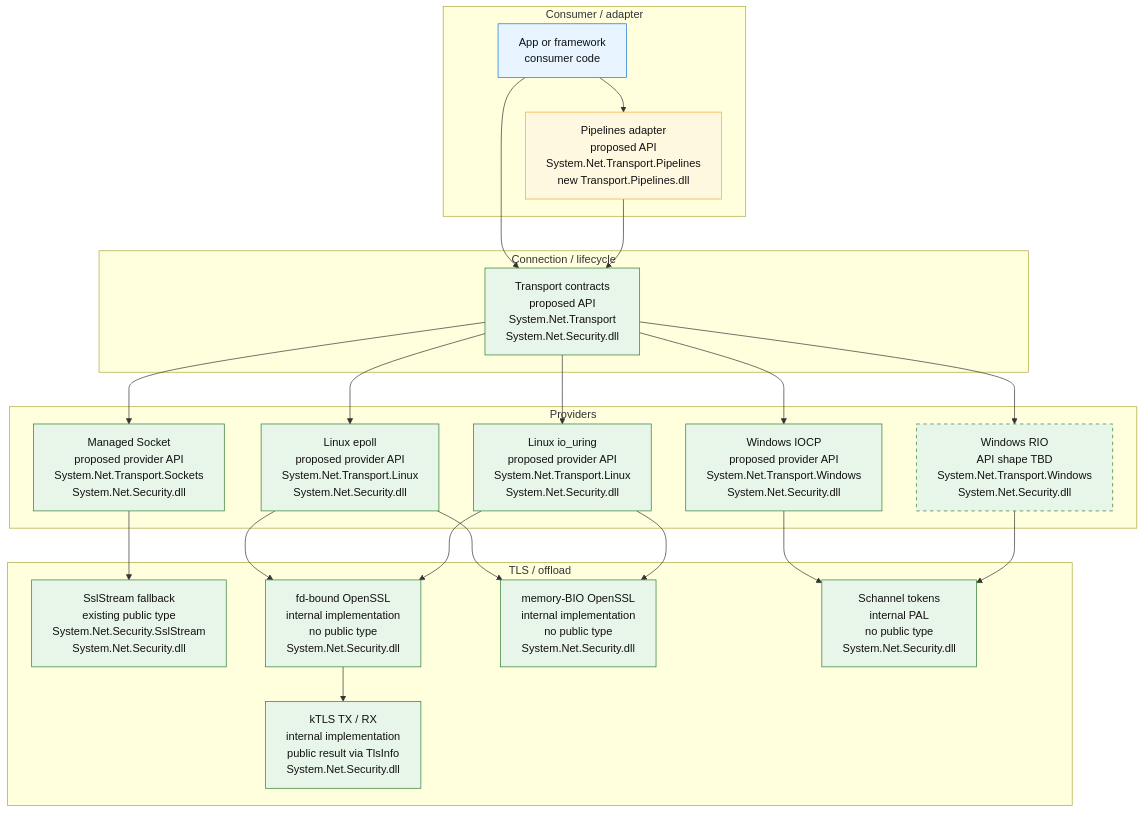
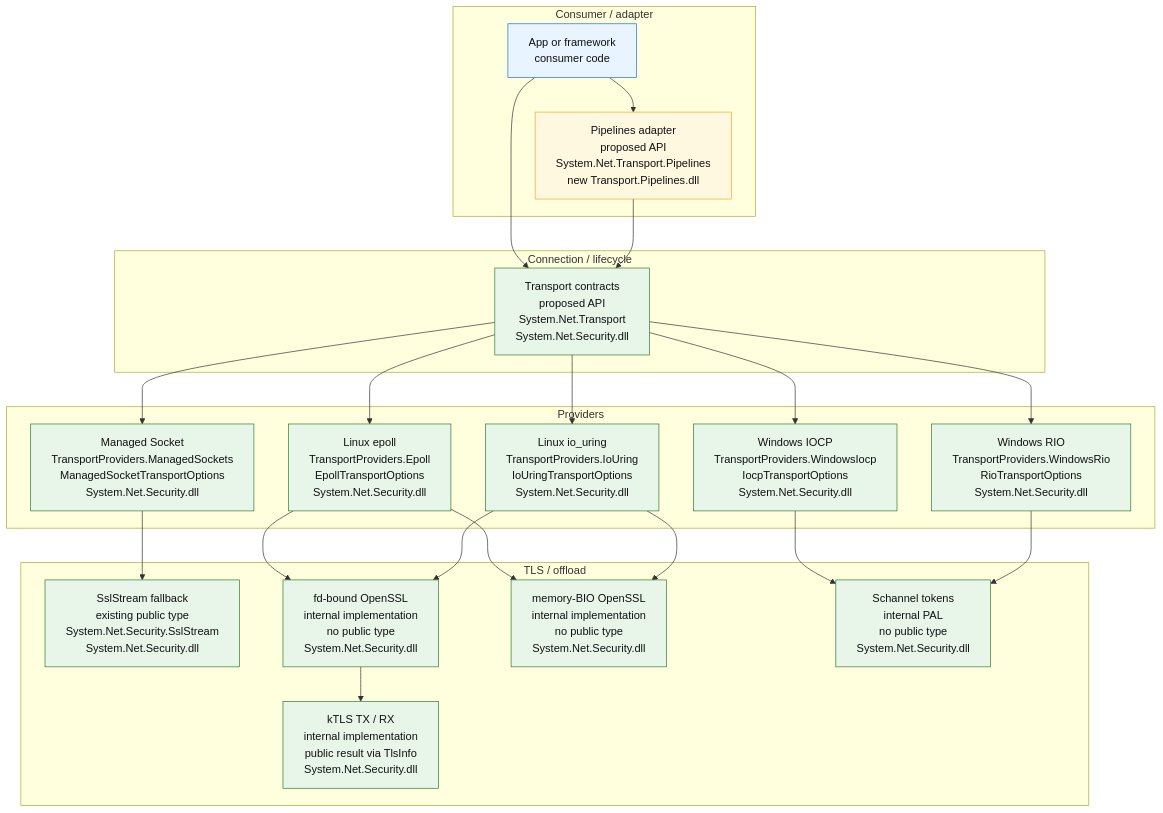
The diagram in README.md (DeagleGross/Network-Transport-Experiments), drawn with Mermaid before and after one commit. The commit also changed other lines of this file and 27 other files, not shown here.

````diff
--- a/README.md
+++ b/README.md
@@ -124,54 +125,52 @@
 ```mermaid
 flowchart TD
     subgraph ConsumerLayer["Consumer / adapter"]
         App["App or framework<br/>consumer code"]
         Pipe["Pipelines adapter<br/>proposed API<br/>System.Net.Transport.Pipelines<br/>new Transport.Pipelines.dll"]
     end
 
     subgraph ConnectionLayer["Connection / lifecycle"]
         Core["Transport contracts<br/>proposed API<br/>System.Net.Transport<br/>System.Net.Security.dll"]
     end
 
     subgraph ProviderLayer["Providers"]
-        SocketProvider["Managed Socket<br/>proposed provider API<br/>System.Net.Transport.Sockets<br/>System.Net.Security.dll"]
-        EpollProvider["Linux epoll<br/>proposed provider API<br/>System.Net.Transport.Linux<br/>System.Net.Security.dll"]
-        UringProvider["Linux io_uring<br/>proposed provider API<br/>System.Net.Transport.Linux<br/>System.Net.Security.dll"]
-        IocpProvider["Windows IOCP<br/>proposed provider API<br/>System.Net.Transport.Windows<br/>System.Net.Security.dll"]
-        RioProvider["Windows RIO<br/>API shape TBD<br/>System.Net.Transport.Windows<br/>System.Net.Security.dll"]
+        SocketProvider["Managed Socket<br/>TransportProviders.ManagedSockets<br/>ManagedSocketTransportOptions<br/>System.Net.Security.dll"]
+        EpollProvider["Linux epoll<br/>TransportProviders.Epoll<br/>EpollTransportOptions<br/>System.Net.Security.dll"]
+        UringProvider["Linux io_uring<br/>TransportProviders.IoUring<br/>IoUringTransportOptions<br/>System.Net.Security.dll"]
+        IocpProvider["Windows IOCP<br/>TransportProviders.WindowsIocp<br/>IocpTransportOptions<br/>System.Net.Security.dll"]
+        RioProvider["Windows RIO<br/>TransportProviders.WindowsRio<br/>RioTransportOptions<br/>System.Net.Security.dll"]
     end
 
     subgraph TlsImplementationLayer["TLS / offload"]
         Ssl["SslStream fallback<br/>existing public type<br/>System.Net.Security.SslStream<br/>System.Net.Security.dll"]
         FdTls["fd-bound OpenSSL<br/>internal implementation<br/>no public type<br/>System.Net.Security.dll"]
         BioTls["memory-BIO OpenSSL<br/>internal implementation<br/>no public type<br/>System.Net.Security.dll"]
         Schannel["Schannel tokens<br/>internal PAL<br/>no public type<br/>System.Net.Security.dll"]
         Ktls["kTLS TX / RX<br/>internal implementation<br/>public result via TlsInfo<br/>System.Net.Security.dll"]
     end
 
     App --> Core
     App --> Pipe
     Pipe --> Core
     Core --> SocketProvider
     Core --> EpollProvider
     Core --> UringProvider
     Core --> IocpProvider
     Core --> RioProvider
     SocketProvider --> Ssl
     EpollProvider --> FdTls
     EpollProvider --> BioTls
     UringProvider --> FdTls
     UringProvider --> BioTls
     IocpProvider --> Schannel
     RioProvider --> Schannel
     FdTls --> Ktls
 
     classDef consumer fill:#e8f4ff,stroke:#1976d2,color:#111
     classDef existingAssembly fill:#e8f5e9,stroke:#2e7d32,color:#111
     classDef newAssembly fill:#fff8e1,stroke:#f9a825,color:#111
-    classDef existingAssemblyTbd fill:#e8f5e9,stroke:#2e7d32,stroke-dasharray: 5 5,color:#111
 
     class App consumer
     class Pipe newAssembly
-    class Core,SocketProvider,EpollProvider,UringProvider,IocpProvider,Ssl,FdTls,BioTls,Schannel,Ktls existingAssembly
-    class RioProvider existingAssemblyTbd
+    class Core,SocketProvider,EpollProvider,UringProvider,IocpProvider,RioProvider,Ssl,FdTls,BioTls,Schannel,Ktls existingAssembly
 ```
````
